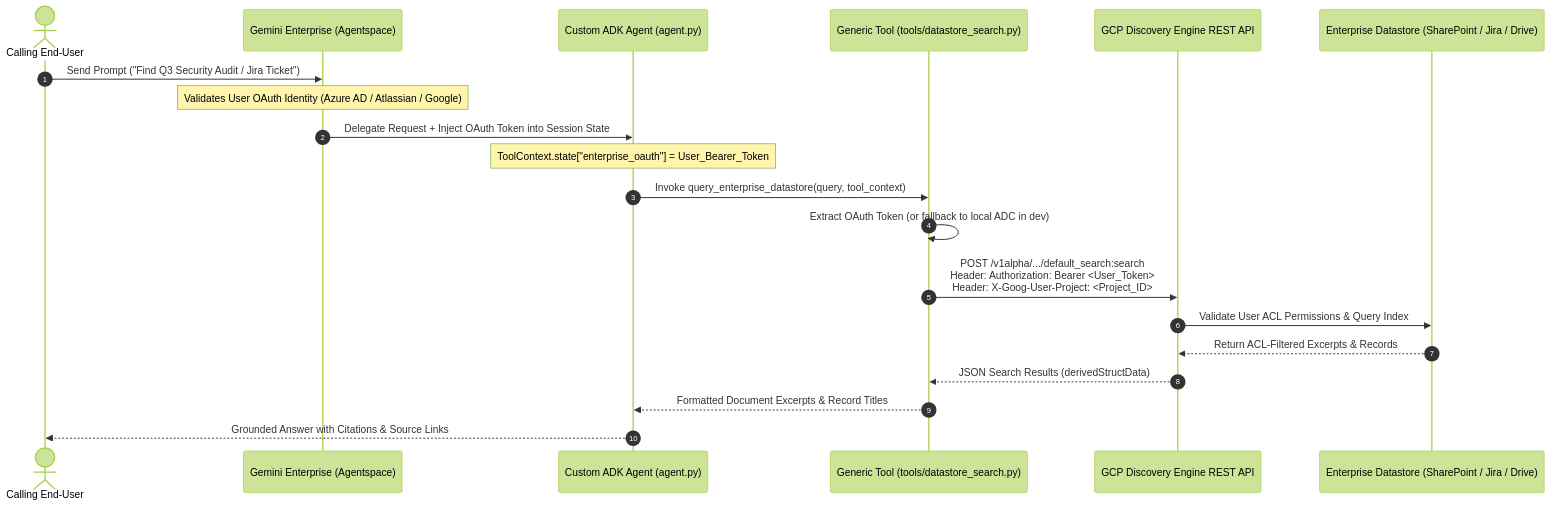
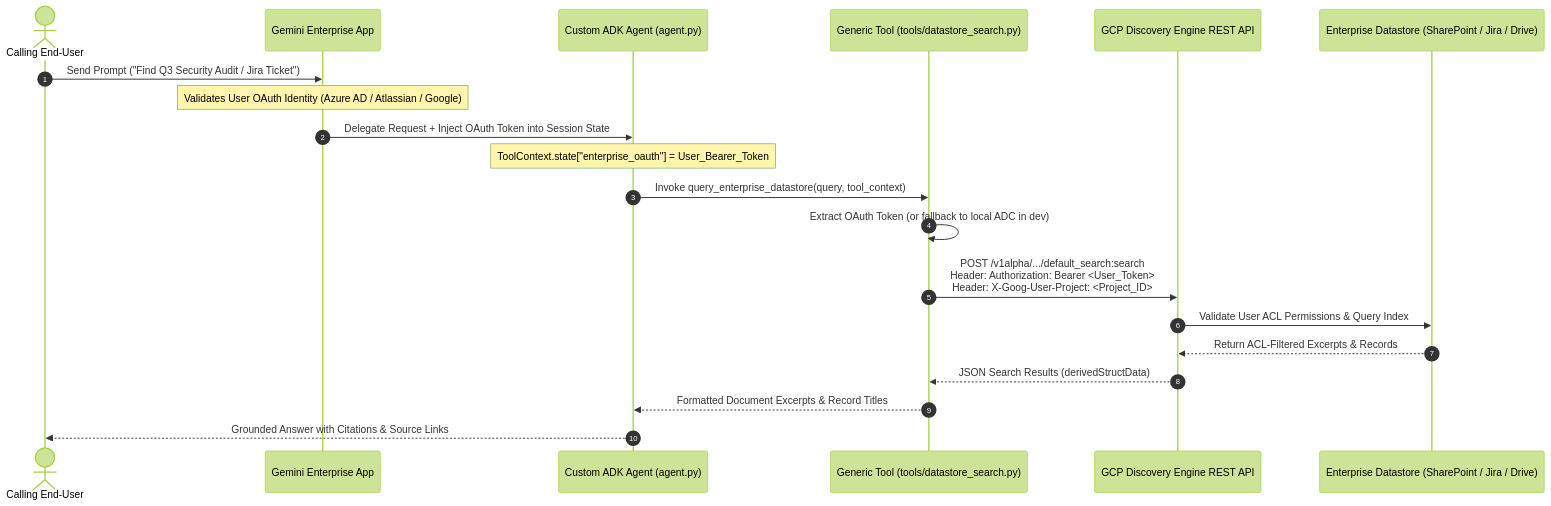
The diagram in README.md (enriquekalven/adk-ge-datastore-connector), drawn with Mermaid (forest theme) before and after one commit. The commit also changed other lines of this file, not shown here.

Commit message:
docs: expand supported enterprise datastore matrix based on official GCP Gemini Enterprise docs

````diff
--- a/README.md
+++ b/README.md
@@ -41,23 +49,23 @@
 ```mermaid
 sequenceDiagram
     autonumber
     actor User as Calling End-User
-    participant GE as Gemini Enterprise (Agentspace)
+    participant GE as Gemini Enterprise App
     participant ADK as Custom ADK Agent (agent.py)
     participant Tool as Generic Tool (tools/datastore_search.py)
     participant DE as GCP Discovery Engine REST API
     participant DS as Enterprise Datastore (SharePoint / Jira / Drive)
 
     User->>GE: Send Prompt ("Find Q3 Security Audit / Jira Ticket")
     Note over GE: Validates User OAuth Identity (Azure AD / Atlassian / Google)
     GE->>ADK: Delegate Request + Inject OAuth Token into Session State
     Note over ADK: ToolContext.state["enterprise_oauth"] = User_Bearer_Token
     ADK->>Tool: Invoke query_enterprise_datastore(query, tool_context)
     Tool->>Tool: Extract OAuth Token (or fallback to local ADC in dev)
     Tool->>DE: POST /v1alpha/.../default_search:search<br>Header: Authorization: Bearer <User_Token><br>Header: X-Goog-User-Project: <Project_ID>
     DE->>DS: Validate User ACL Permissions & Query Index
     DS-->>DE: Return ACL-Filtered Excerpts & Records
     DE-->>Tool: JSON Search Results (derivedStructData)
     Tool-->>ADK: Formatted Document Excerpts & Record Titles
     ADK-->>User: Grounded Answer with Citations & Source Links
 ```
````
